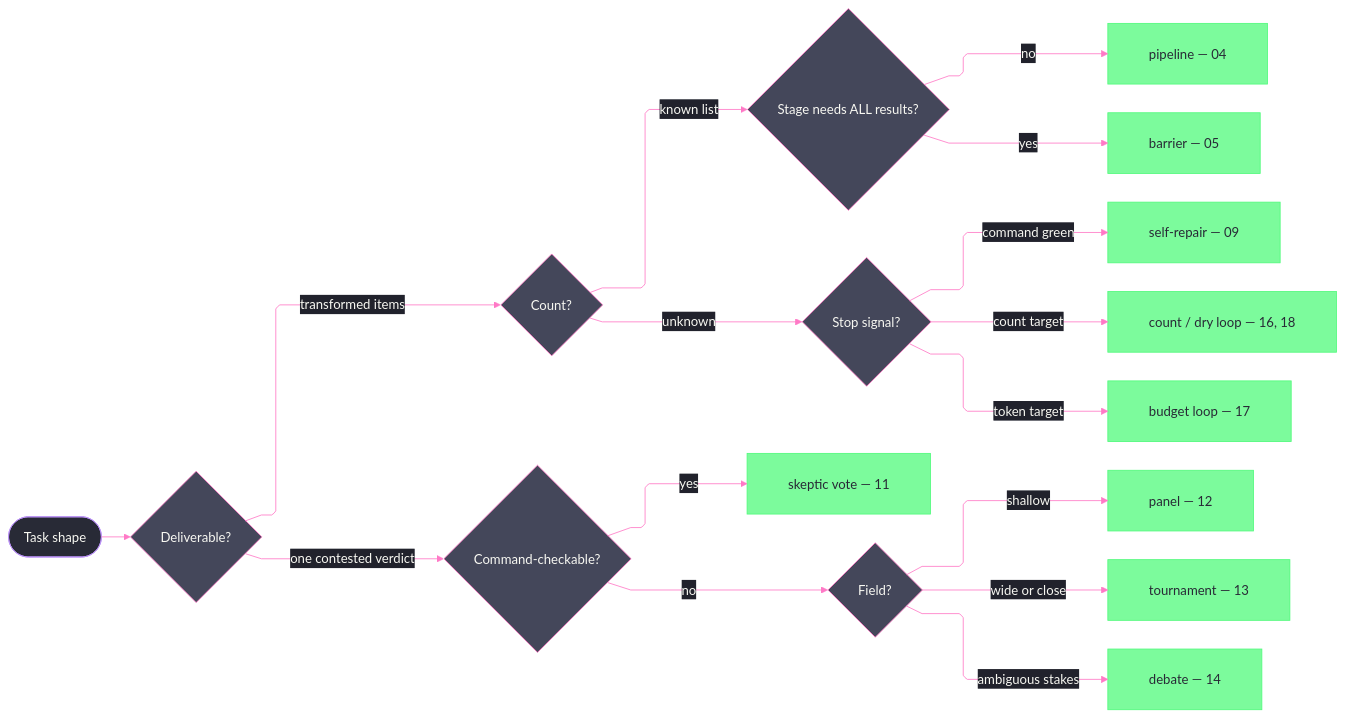
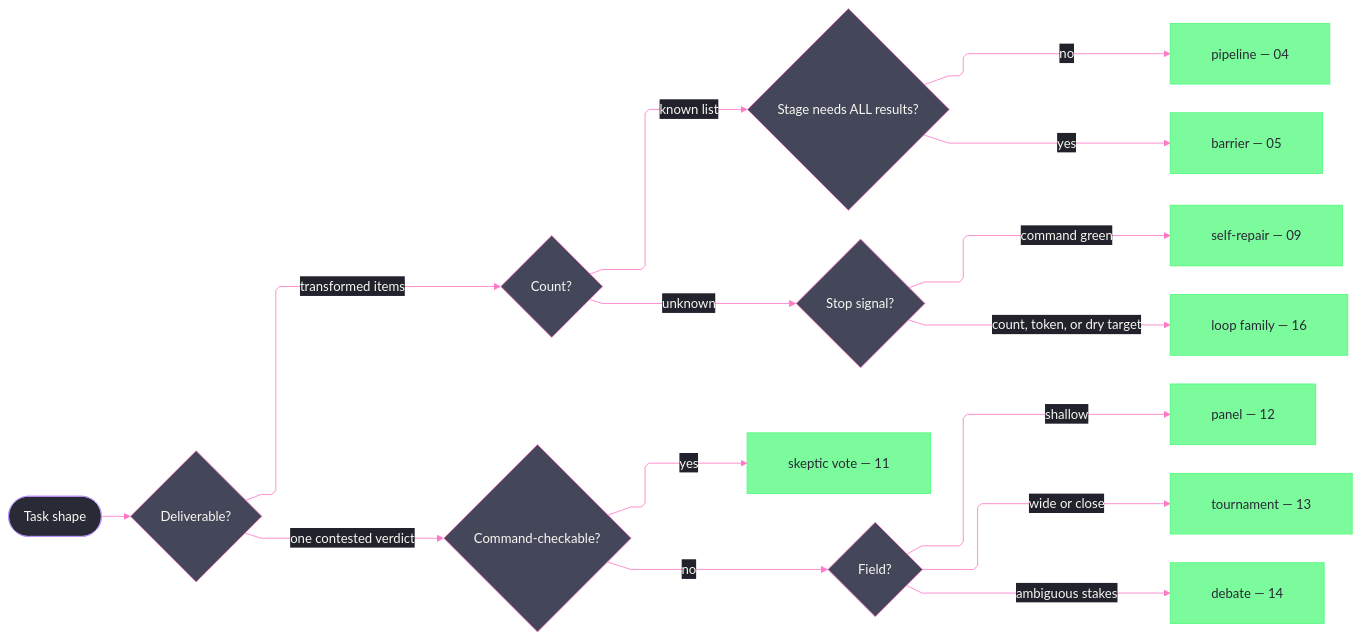
One commit to bsamiee/Parametric_Forge changed the diagram in .claude/skills/workflow-creator/references/patterns.md. Above: the diagram before and after it, drawn with Mermaid. The commit also changed other lines of this file and 85 other files, not shown here.

````diff
--- a/.claude/skills/workflow-creator/references/patterns.md
+++ b/.claude/skills/workflow-creator/references/patterns.md
@@ -27,49 +27,48 @@
 ```mermaid
 ---
 config:
   theme: base
   look: classic
   layout: elk
   flowchart:
     curve: linear
     padding: 25
   themeVariables:
     darkMode: true
     fontFamily: "SF Mono, Menlo, Cascadia Mono, Segoe UI Mono, Consolas, monospace"
     useGradient: false
     dropShadow: "none"
     background: "#282A36"
     primaryColor: "#44475A"
     primaryTextColor: "#F8F8F2"
     primaryBorderColor: "#BD93F9"
     lineColor: "#FF79C6"
     textColor: "#F8F8F2"
     edgeLabelBackground: "#21222C"
     labelBackgroundColor: "#21222C"
   themeCSS: ".nodeLabel{font-size:13px;font-weight:500}.edgeLabel{font-size:12px;font-weight:500}.cluster-label .nodeLabel{font-size:13.5px;font-weight:700;letter-spacing:.08em}.edge-thickness-normal{stroke-width:2px}.edge-thickness-thick{stroke-width:3px}.edge-pattern-dashed,.edge-pattern-dotted{stroke-width:1.5px;stroke-dasharray:4 6}.node rect,.node circle,.node polygon,.node path,.node .outer-path{stroke-width:1.5px;filter:none!important}.cluster rect{stroke-width:1px!important;stroke-dasharray:5 4!important;filter:none!important}.marker path{transform:scale(.8);transform-origin:5px 5px}.marker circle{transform:scale(.48);transform-origin:5px 5px}.edgeLabel rect{transform-box:fill-box;transform-origin:center;transform:scale(1.1,1.2)}"
 ---
 flowchart LR
     accTitle: Topology selection dispatch
     accDescr: Task shape discriminating through deliverable kind, count, barrier need, stop signal, and judgment field into the owning pattern section.
     In([Task shape]) --> Kind{Deliverable?}
     Kind -->|"transformed items"| N{Count?}
     Kind -->|"one contested verdict"| V{Command-checkable?}
     N -->|"known list"| S{Stage needs ALL results?}
     N -->|"unknown"| L{Stop signal?}
     S -->|"no"| PL["pipeline — 04"]
     S -->|"yes"| BA["barrier — 05"]
     L -->|"command green"| SR["self-repair — 09"]
-    L -->|"count target"| DL["count / dry loop — 16, 18"]
-    L -->|"token target"| BL["budget loop — 17"]
+    L -->|"count, token, or dry target"| LO["loop family — 16"]
     V -->|"yes"| SK["skeptic vote — 11"]
     V -->|"no"| F{Field?}
     F -->|"shallow"| PA["panel — 12"]
     F -->|"wide or close"| TO["tournament — 13"]
     F -->|"ambiguous stakes"| DE["debate — 14"]
     classDef primary fill:#44475A,stroke:#FF79C6,color:#F8F8F2
     classDef success fill:#50FA7BBF,stroke:#50FA7B,color:#282A36
     classDef boundary fill:#282A36,stroke:#BD93F9,color:#F8F8F2
     class Kind,N,V,S,L,F primary
-    class PL,BA,SR,DL,BL,SK,PA,TO,DE success
+    class PL,BA,SR,LO,SK,PA,TO,DE success
     class In boundary
 ```
````
